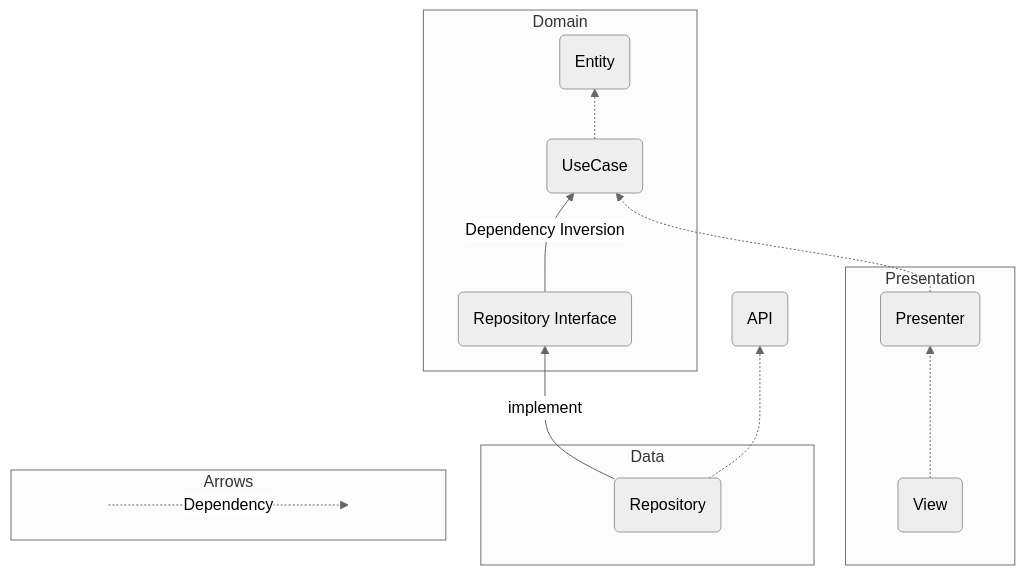
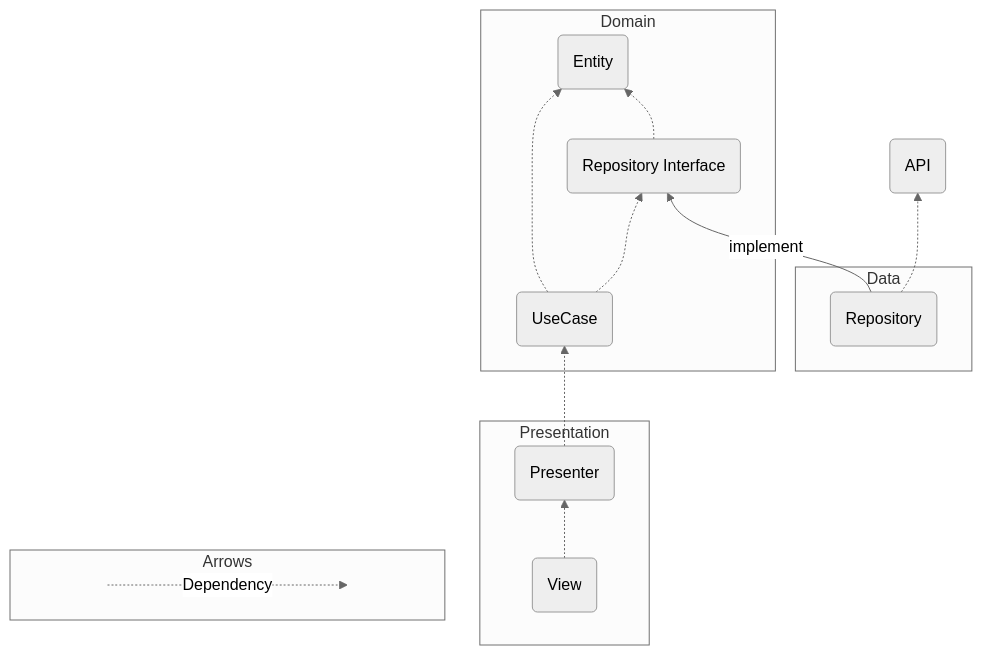
The diagram in docs/architecture/ARCHITECTURE.md (Yamasaki-pan961/flutter-yumemi-training), drawn with Mermaid (neutral theme) before and after one commit.

````diff
--- a/docs/architecture/ARCHITECTURE.md
+++ b/docs/architecture/ARCHITECTURE.md
@@ -30,30 +30,30 @@
 ```mermaid
 flowchart BT
 
   subgraph Domain
     useCase(UseCase) .-> entity(Entity)
-    repository_interface(Repository Interface) --> 
-    | Dependency Inversion | useCase
+    useCase .-> repository_interface(Repository Interface)
+    repository_interface(Repository Interface)　.-> entity
   end
 
     subgraph Presentation
     view(View) .-> presenter(Presenter)
     presenter .-> useCase
   end
 
   subgraph Data
     repository(Repository) -->
     | implement | repository_interface
   end
   repository .-> api(API)
 
   subgraph Arrows
     direction LR
     
     start1[ ] ..-> | Dependency | stop1[ ]
     style start1 height:0px;
     style stop1 height:0px;
     
   end
 
 ```
````
